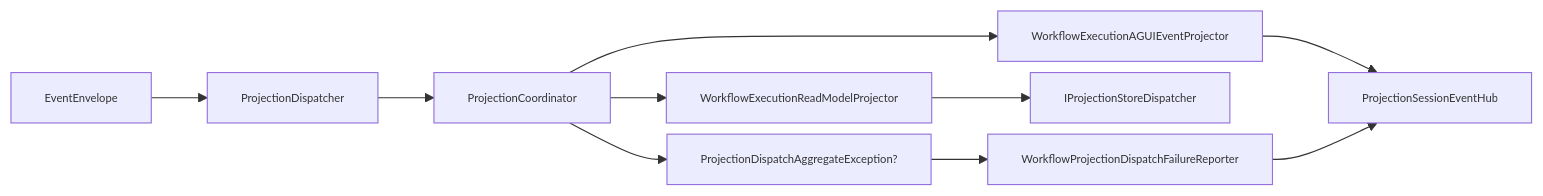
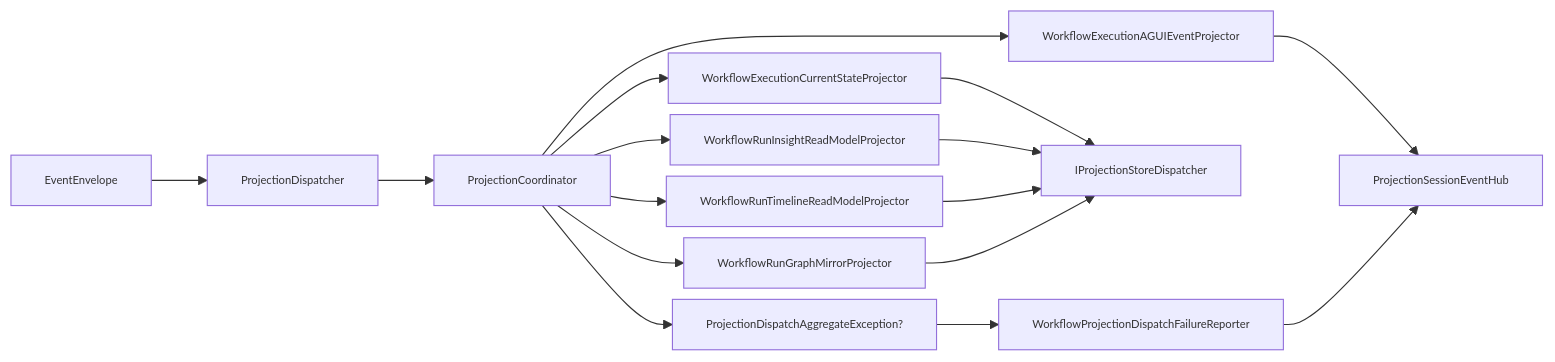
One commit to aevatarAI/aevatar changed the fourth of 5 diagrams in docs/WORKFLOW_LLM_STREAMING_ARCHITECTURE.md. Above: the diagram before and after it, drawn with Mermaid. The commit also changed other lines of this file and 21 other files, not shown here.

First line of the commit message:
Refactor Workflow Projection Architecture and Enhance ReadModel Structure

````diff
--- a/docs/WORKFLOW_LLM_STREAMING_ARCHITECTURE.md
+++ b/docs/WORKFLOW_LLM_STREAMING_ARCHITECTURE.md
@@ -228,13 +231,19 @@
 ```mermaid
 %%{init: {"maxTextSize": 100000, "flowchart": {"useMaxWidth": false, "nodeSpacing": 10, "rankSpacing": 50}, "themeVariables": {"fontSize": "10px"}}}%%
 flowchart LR
     EV["EventEnvelope"] --> DIS["ProjectionDispatcher"]
     DIS --> CO["ProjectionCoordinator"]
-    CO --> P1["WorkflowExecutionReadModelProjector"]
-    CO --> P2["WorkflowExecutionAGUIEventProjector"]
+    CO --> P1["WorkflowExecutionCurrentStateProjector"]
+    CO --> P2["WorkflowRunInsightReadModelProjector"]
+    CO --> P3["WorkflowRunTimelineReadModelProjector"]
+    CO --> P4["WorkflowRunGraphMirrorProjector"]
+    CO --> P5["WorkflowExecutionAGUIEventProjector"]
     P1 --> STORE["IProjectionStoreDispatcher"]
-    P2 --> HUB["ProjectionSessionEventHub"]
+    P2 --> STORE
+    P3 --> STORE
+    P4 --> STORE
+    P5 --> HUB["ProjectionSessionEventHub"]
     CO --> AGG["ProjectionDispatchAggregateException?"]
     AGG --> REP["WorkflowProjectionDispatchFailureReporter"]
     REP --> HUB
 ```
````
